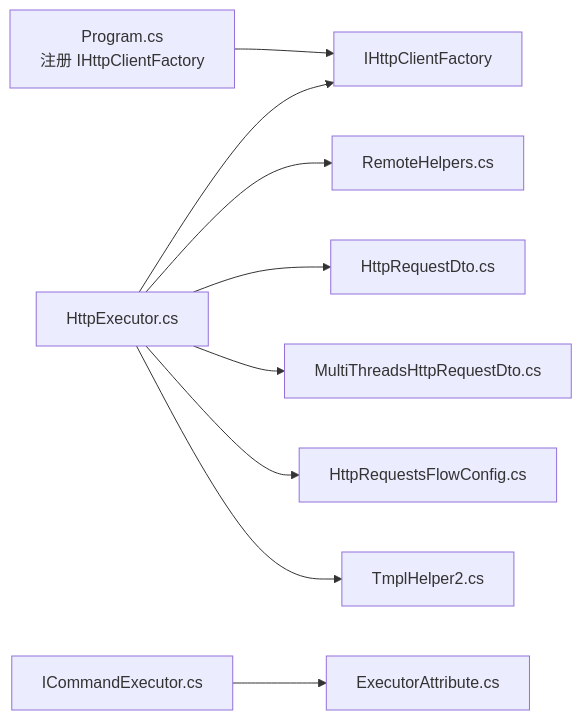
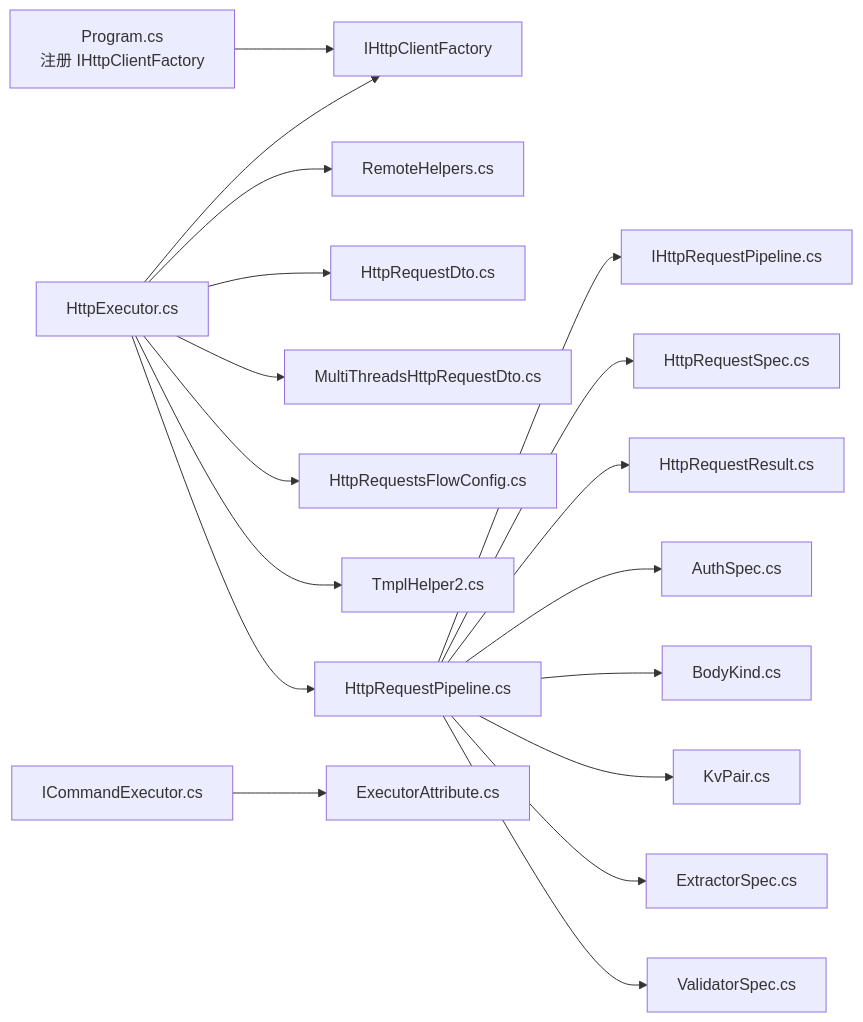
The fifth of 5 diagrams in .qoder/repowiki/zh/content/项目概述/核心特性/工具库系统/HTTP 请求执行器.md (Sosososolong/AirGo), drawn with Mermaid before and after one commit. The commit also changed other lines of this file and 7 other files, not shown here.

````diff
--- a/.qoder/repowiki/zh/content/项目概述/核心特性/工具库系统/HTTP 请求执行器.md
+++ b/.qoder/repowiki/zh/content/项目概述/核心特性/工具库系统/HTTP 请求执行器.md
@@ -373,11 +504,20 @@
 ```mermaid
 graph LR
 PRG["Program.cs<br/>注册 IHttpClientFactory"] --> FACT["IHttpClientFactory"]
 HE["HttpExecutor.cs"] --> FACT
 HE --> RH["RemoteHelpers.cs"]
 HE --> DTO["HttpRequestDto.cs"]
 HE --> MT["MultiThreadsHttpRequestDto.cs"]
 HE --> FLOW["HttpRequestsFlowConfig.cs"]
 HE --> TMPL2["TmplHelper2.cs"]
+HE --> PIPE["HttpRequestPipeline.cs"]
+PIPE --> ISPEC["IHttpRequestPipeline.cs"]
+PIPE --> SPEC["HttpRequestSpec.cs"]
+PIPE --> RESULT["HttpRequestResult.cs"]
+PIPE --> AUTH["AuthSpec.cs"]
+PIPE --> BODY["BodyKind.cs"]
+PIPE --> KV["KvPair.cs"]
+PIPE --> EXTRACT["ExtractorSpec.cs"]
+PIPE --> VALID["ValidatorSpec.cs"]
 IE["ICommandExecutor.cs"] --> EA["ExecutorAttribute.cs"]
 ```
````
